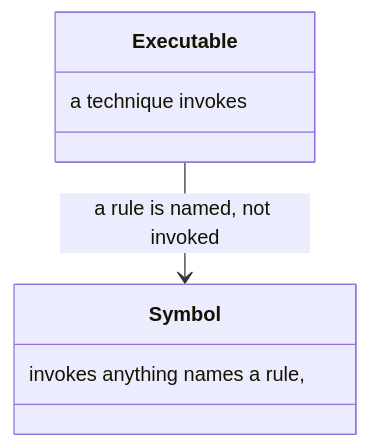
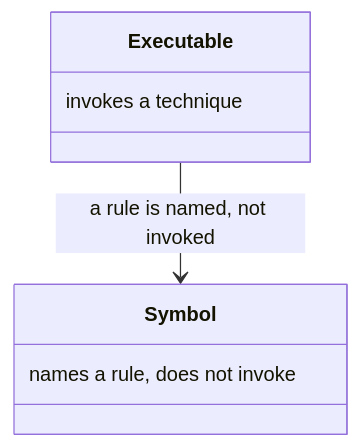
One commit to m2ux/workflow-server changed the tenth of 14 diagrams in docs/technique.md. Above: the diagram before and after it, drawn with Mermaid. The commit also changed other lines of this file and 10 other files, not shown here.

Commit message:
Write each class-box note in reading order so the diagram shows the phrase as written.

````diff
--- a/docs/technique.md
+++ b/docs/technique.md
@@ -271,10 +271,10 @@
 ```mermaid
 classDiagram
   class Executable {
-    a technique invokes
+    invokes a technique
   }
   class Symbol {
-    invokes anything names a rule,
+    names a rule, does not invoke
   }
   Executable --> Symbol : a rule is named, not invoked
 ```
````
